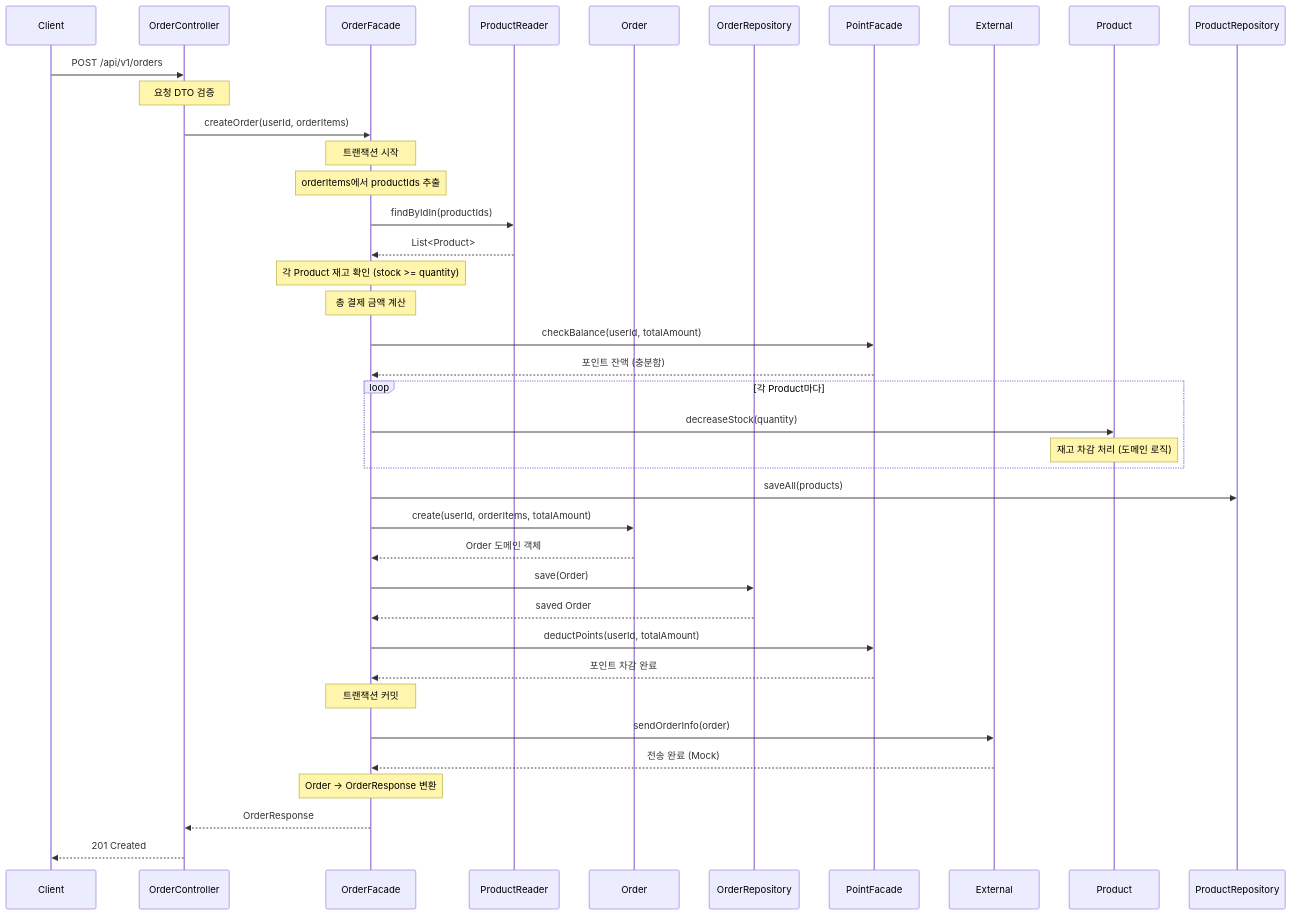
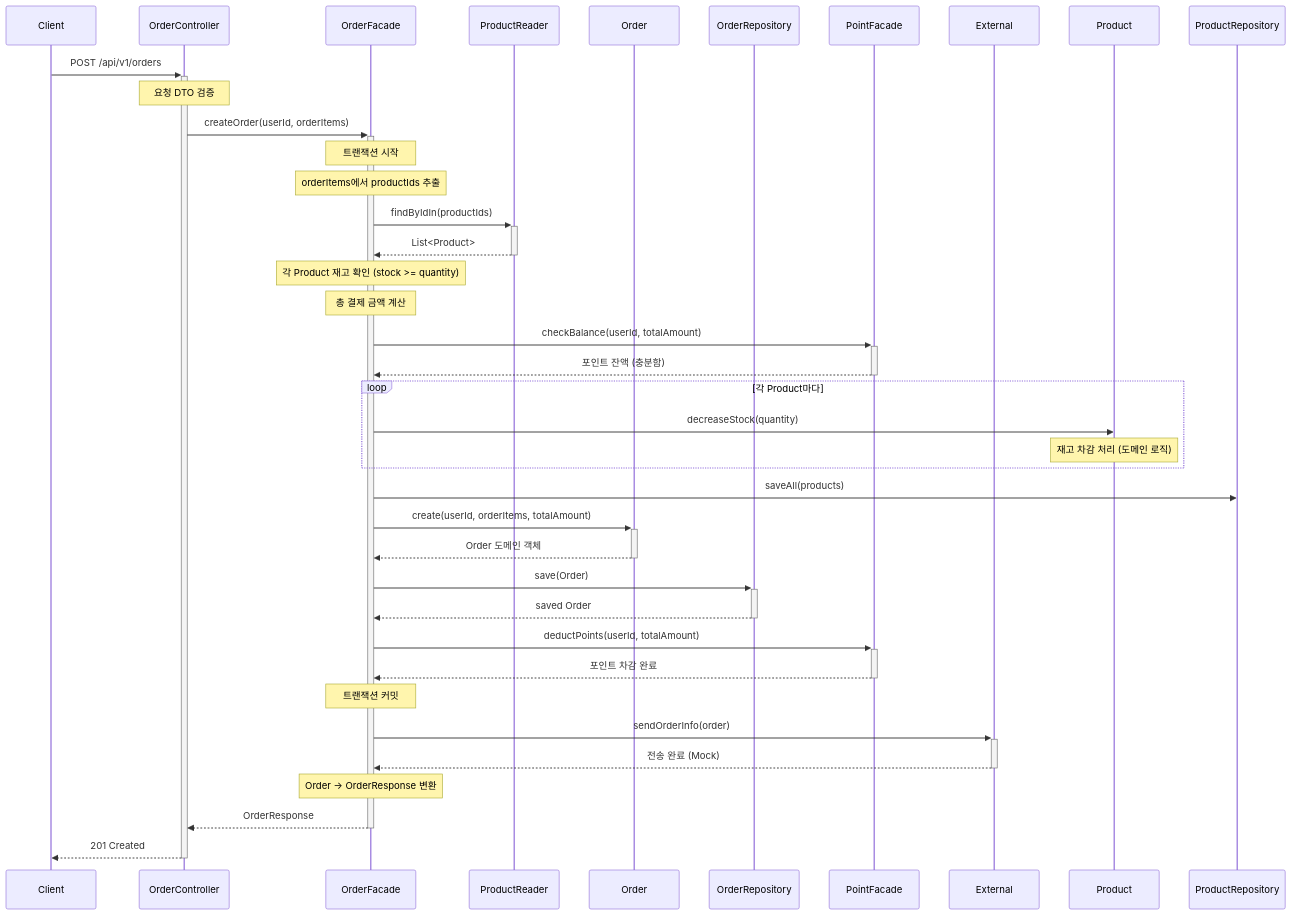
Diagram 11 of 16 in docs/week2/02-sequence-diagrams.md (Loopers-dev-lab/loopers-spring-java-template), drawn with Mermaid before and after one commit. The commit also changed other lines of this file, not shown here.

Commit message:
docs: 시퀀스 다이어그램 activation bar 추가

````diff
--- a/docs/week2/02-sequence-diagrams.md
+++ b/docs/week2/02-sequence-diagrams.md
@@ -460,54 +464,54 @@
 ```mermaid
 sequenceDiagram
     participant Client
     participant OrderController
     participant OrderFacade
     participant ProductReader
     participant Order
     participant OrderRepository
     participant PointFacade
     participant External
 
-    Client->>OrderController: POST /api/v1/orders
+    Client->>+OrderController: POST /api/v1/orders
     Note over OrderController: 요청 DTO 검증
 
-    OrderController->>OrderFacade: createOrder(userId, orderItems)
+    OrderController->>+OrderFacade: createOrder(userId, orderItems)
 
     Note over OrderFacade: 트랜잭션 시작
 
     Note over OrderFacade: orderItems에서 productIds 추출
-    OrderFacade->>ProductReader: findByIdIn(productIds)
-    ProductReader-->>OrderFacade: List<Product>
+    OrderFacade->>+ProductReader: findByIdIn(productIds)
+    ProductReader-->>-OrderFacade: List<Product>
 
     Note over OrderFacade: 각 Product 재고 확인 (stock >= quantity)
     Note over OrderFacade: 총 결제 금액 계산
 
-    OrderFacade->>PointFacade: checkBalance(userId, totalAmount)
-    PointFacade-->>OrderFacade: 포인트 잔액 (충분함)
+    OrderFacade->>+PointFacade: checkBalance(userId, totalAmount)
+    PointFacade-->>-OrderFacade: 포인트 잔액 (충분함)
 
     loop 각 Product마다
         OrderFacade->>Product: decreaseStock(quantity)
         Note over Product: 재고 차감 처리 (도메인 로직)
     end
 
     OrderFacade->>ProductRepository: saveAll(products)
 
-    OrderFacade->>Order: create(userId, orderItems, totalAmount)
-    Order-->>OrderFacade: Order 도메인 객체
+    OrderFacade->>+Order: create(userId, orderItems, totalAmount)
+    Order-->>-OrderFacade: Order 도메인 객체
 
-    OrderFacade->>OrderRepository: save(Order)
-    OrderRepository-->>OrderFacade: saved Order
+    OrderFacade->>+OrderRepository: save(Order)
+    OrderRepository-->>-OrderFacade: saved Order
 
-    OrderFacade->>PointFacade: deductPoints(userId, totalAmount)
-    PointFacade-->>OrderFacade: 포인트 차감 완료
+    OrderFacade->>+PointFacade: deductPoints(userId, totalAmount)
+    PointFacade-->>-OrderFacade: 포인트 차감 완료
 
     Note over OrderFacade: 트랜잭션 커밋
 
-    OrderFacade->>External: sendOrderInfo(order)
-    External-->>OrderFacade: 전송 완료 (Mock)
+    OrderFacade->>+External: sendOrderInfo(order)
+    External-->>-OrderFacade: 전송 완료 (Mock)
 
     Note over OrderFacade: Order → OrderResponse 변환
 
-    OrderFacade-->>OrderController: OrderResponse
-    OrderController-->>Client: 201 Created
+    OrderFacade-->>-OrderController: OrderResponse
+    OrderController-->>-Client: 201 Created
 ```
````
